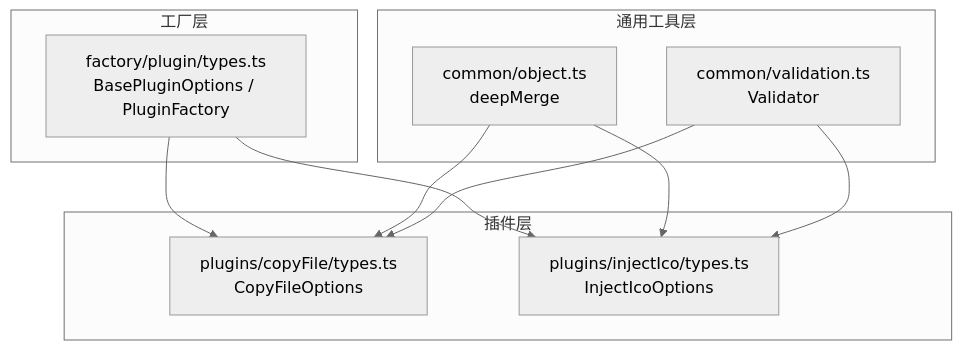
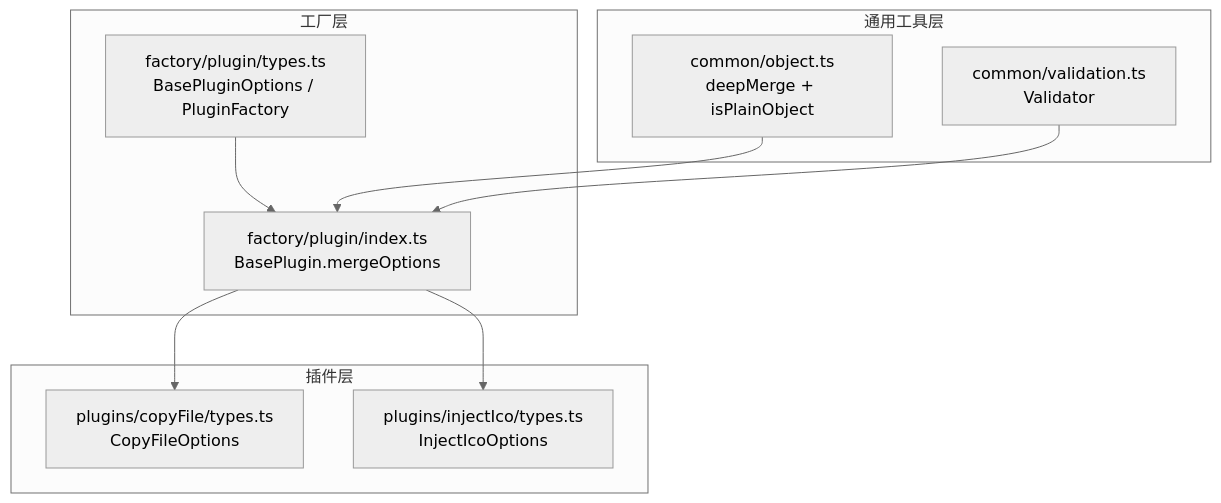
The second of 5 diagrams in .qoder/repowiki/zh/content/工具模块/对象工具.md (MengXi-Studio/vite-plugin), drawn with Mermaid (neutral theme) before and after one commit. The commit also changed other lines of this file and 8 other files, not shown here.

````diff
--- a/.qoder/repowiki/zh/content/工具模块/对象工具.md
+++ b/.qoder/repowiki/zh/content/工具模块/对象工具.md
@@ -88,20 +97,20 @@
 ```mermaid
 graph TB
 subgraph "工厂层"
 FT["factory/plugin/types.ts<br/>BasePluginOptions / PluginFactory"]
+FI["factory/plugin/index.ts<br/>BasePlugin.mergeOptions"]
 end
 subgraph "插件层"
 CF["plugins/copyFile/types.ts<br/>CopyFileOptions"]
 II["plugins/injectIco/types.ts<br/>InjectIcoOptions"]
 end
 subgraph "通用工具层"
-OM["common/object.ts<br/>deepMerge"]
+OM["common/object.ts<br/>deepMerge + isPlainObject"]
 VL["common/validation.ts<br/>Validator"]
 end
-FT --> CF
-FT --> II
-OM --> CF
-OM --> II
-VL --> CF
-VL --> II
+FT --> FI
+FI --> CF
+FI --> II
+OM --> FI
+VL --> FI
 ```
````
